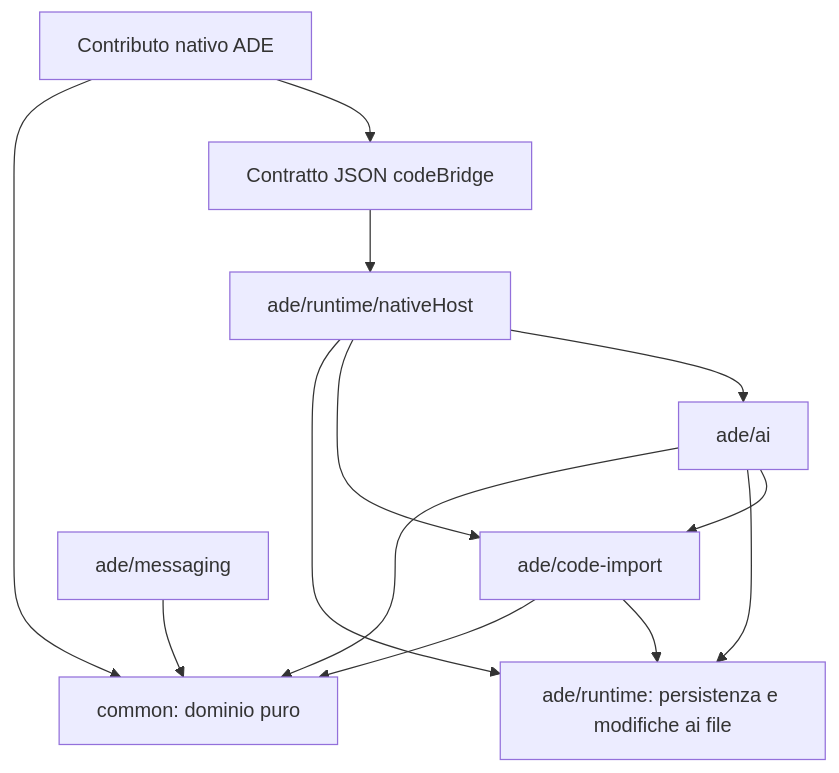
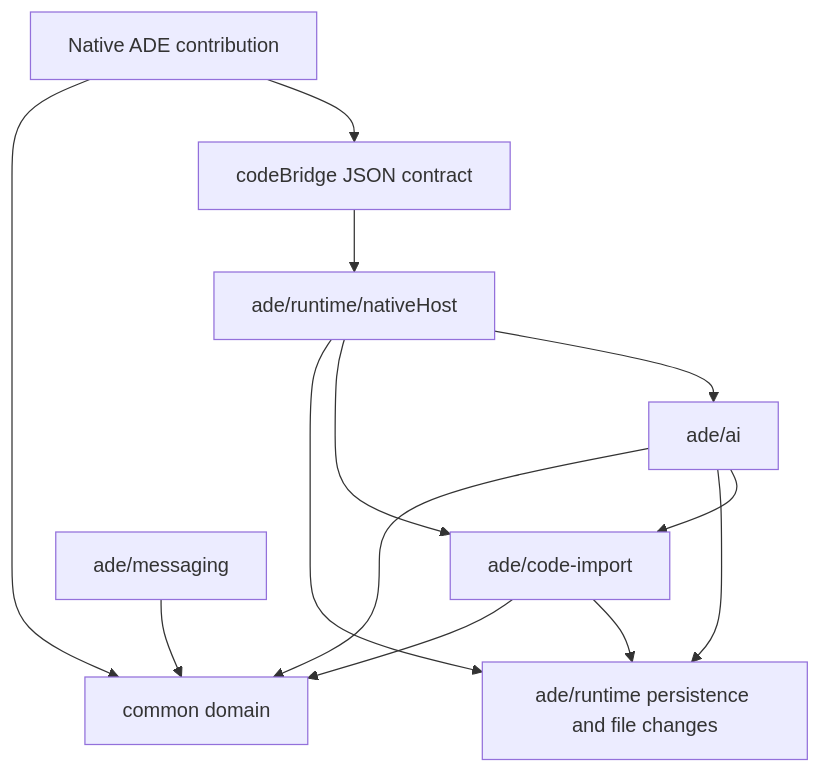
One commit to FrappaF/ADE changed the diagram in ade/docs/architecture.md. Above: the diagram before and after it, drawn with Mermaid. The commit also changed other lines of this file and 101 other files, not shown here.

````diff
--- a/ade/docs/architecture.md
+++ b/ade/docs/architecture.md
@@ -9,15 +9,15 @@
 ```mermaid
 flowchart TD
-    UI[Contributo nativo ADE] --> Bridge[Contratto JSON codeBridge]
+    UI[Native ADE contribution] --> Bridge[codeBridge JSON contract]
     Bridge --> Engine[ade/runtime/nativeHost]
     Engine --> AI[ade/ai]
     Engine --> Import[ade/code-import]
     AI --> Import
-    Engine --> Storage[ade/runtime: persistenza e modifiche ai file]
+    Engine --> Storage[ade/runtime persistence and file changes]
     AI --> Storage
     Import --> Storage
-    UI --> Domain[common: dominio puro]
+    UI --> Domain[common domain]
     AI --> Domain
     Import --> Domain
     Messaging[ade/messaging] --> Domain
 ```
````
